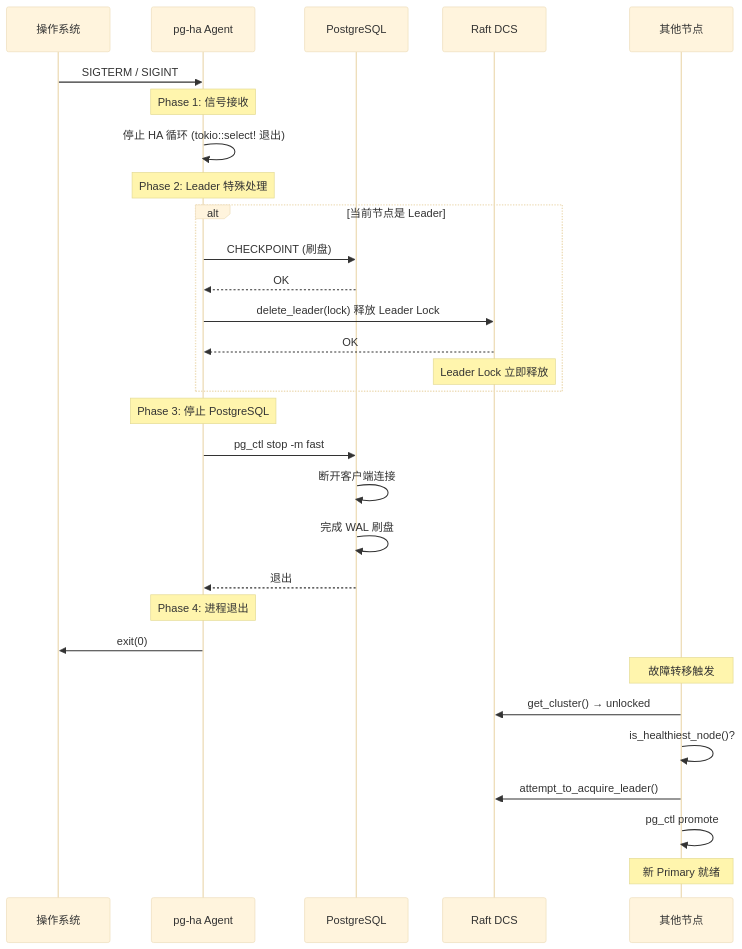
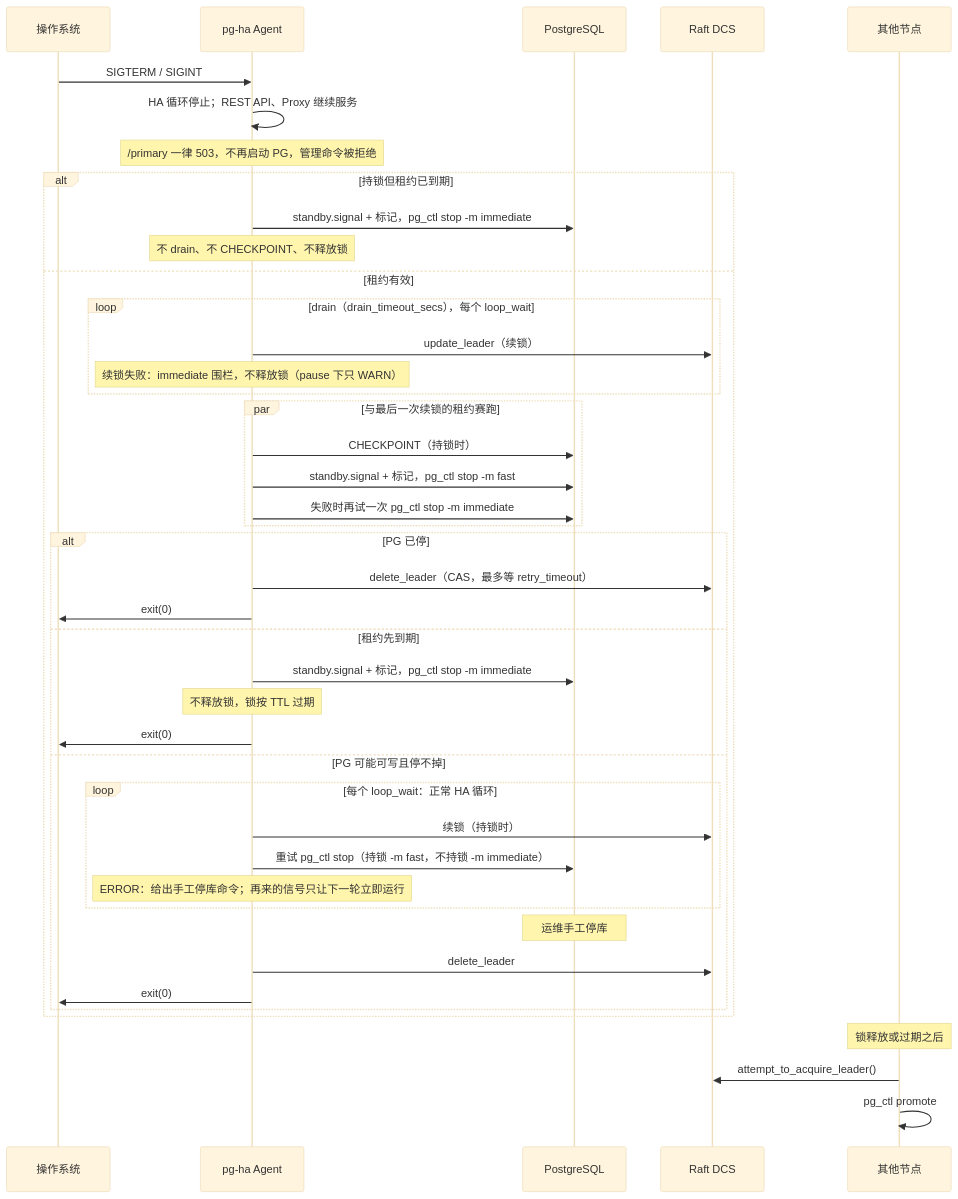
Diagram 11 of 11 in docs/pg-ha-architecture.md (seraphico/pg-ha), drawn with Mermaid (base theme) before and after one commit. The commit also changed other lines of this file and 16 other files, not shown here.

````diff
--- a/docs/pg-ha-architecture.md
+++ b/docs/pg-ha-architecture.md
@@ -418,38 +418,47 @@
 ```mermaid
 sequenceDiagram
     participant OS as 操作系统
     participant PGHA as pg-ha Agent
     participant PG as PostgreSQL
     participant DCS as Raft DCS
     participant OTHER as 其他节点
 
     OS->>PGHA: SIGTERM / SIGINT
-
-    Note over PGHA: Phase 1: 信号接收
-    PGHA->>PGHA: 停止 HA 循环 (tokio::select! 退出)
-
-    Note over PGHA: Phase 2: Leader 特殊处理
-    alt 当前节点是 Leader
-        PGHA->>PG: CHECKPOINT (刷盘)
-        PG-->>PGHA: OK
-        PGHA->>DCS: delete_leader(lock) 释放 Leader Lock
-        DCS-->>PGHA: OK
-        Note over DCS: Leader Lock 立即释放
+    PGHA->>PGHA: HA 循环停止；REST API、Proxy 继续服务
+    Note over PGHA: /primary 一律 503，不再启动 PG，管理命令被拒绝
+    alt 持锁但租约已到期
+        PGHA->>PG: standby.signal + 标记，pg_ctl stop -m immediate
+        Note over PGHA: 不 drain、不 CHECKPOINT、不释放锁
+    else 租约有效
+        loop drain（drain_timeout_secs），每个 loop_wait
+            PGHA->>DCS: update_leader（续锁）
+            Note over PGHA: 续锁失败：immediate 围栏，不释放锁（pause 下只 WARN）
+        end
+        par 与最后一次续锁的租约赛跑
+            PGHA->>PG: CHECKPOINT（持锁时）
+            PGHA->>PG: standby.signal + 标记，pg_ctl stop -m fast
+            PGHA->>PG: 失败时再试一次 pg_ctl stop -m immediate
+        end
+        alt PG 已停
+            PGHA->>DCS: delete_leader（CAS，最多等 retry_timeout）
+            PGHA->>OS: exit(0)
+        else 租约先到期
+            PGHA->>PG: standby.signal + 标记，pg_ctl stop -m immediate
+            Note over PGHA: 不释放锁，锁按 TTL 过期
+            PGHA->>OS: exit(0)
+        else PG 可能可写且停不掉
+            loop 每个 loop_wait：正常 HA 循环
+                PGHA->>DCS: 续锁（持锁时）
+                PGHA->>PG: 重试 pg_ctl stop（持锁 -m fast，不持锁 -m immediate）
+                Note over PGHA: ERROR：给出手工停库命令；再来的信号只让下一轮立即运行
+            end
+            Note over PG: 运维手工停库
+            PGHA->>DCS: delete_leader
+            PGHA->>OS: exit(0)
+        end
     end
 
-    Note over PGHA: Phase 3: 停止 PostgreSQL
-    PGHA->>PG: pg_ctl stop -m fast
-    PG->>PG: 断开客户端连接
-    PG->>PG: 完成 WAL 刷盘
-    PG-->>PGHA: 退出
-
-    Note over PGHA: Phase 4: 进程退出
-    PGHA->>OS: exit(0)
-
-    Note over OTHER: 故障转移触发
-    OTHER->>DCS: get_cluster() → unlocked
-    OTHER->>OTHER: is_healthiest_node()?
+    Note over OTHER: 锁释放或过期之后
     OTHER->>DCS: attempt_to_acquire_leader()
     OTHER->>OTHER: pg_ctl promote
-    Note over OTHER: 新 Primary 就绪
 ```
````
